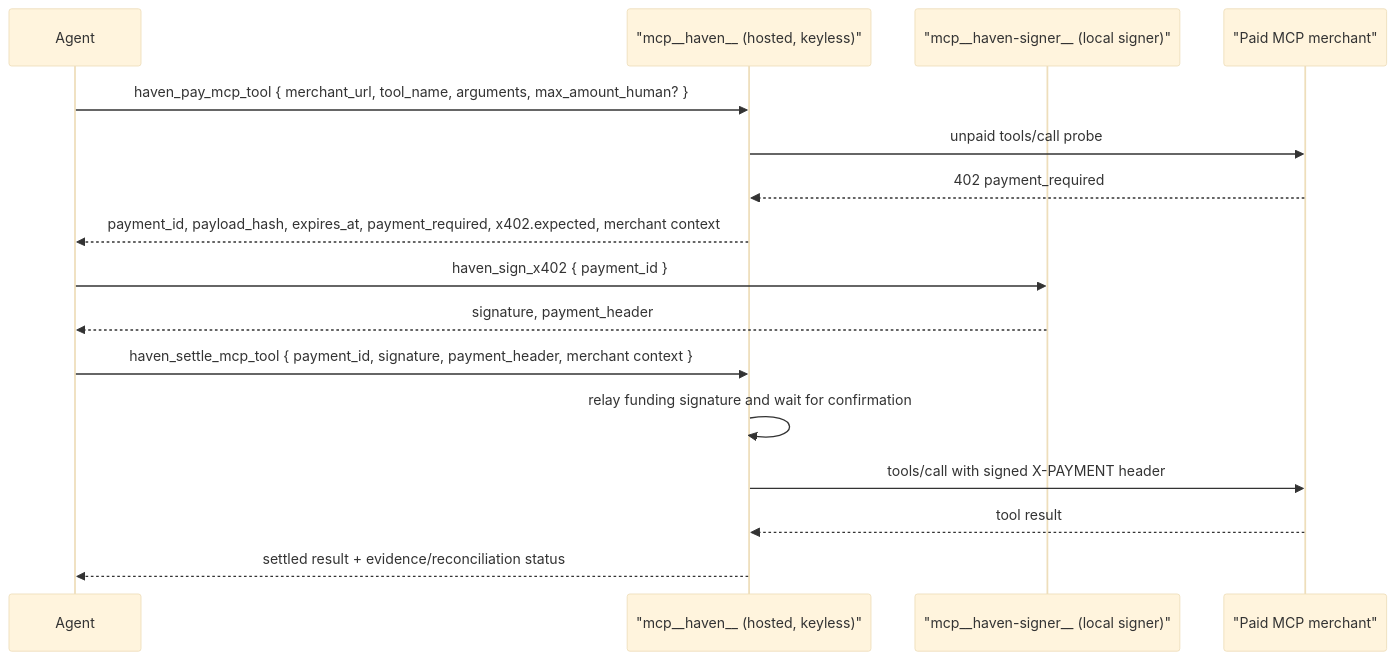
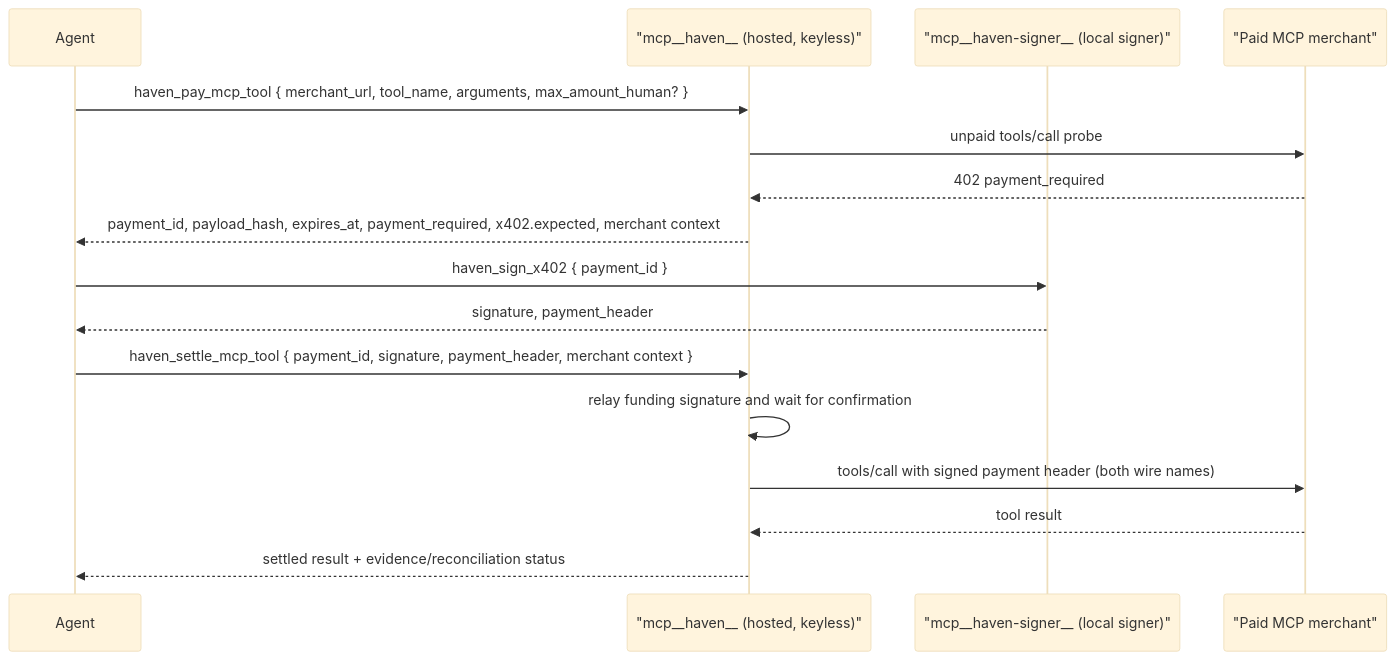
Before and after one commit to d-hinders/Haven-AI: the diagram in packages/mcp-server/README.md, drawn with Mermaid (base theme). The commit also changed other lines of this file and 10 other files, not shown here.

````diff
--- a/packages/mcp-server/README.md
+++ b/packages/mcp-server/README.md
@@ -77,19 +77,19 @@
 ```mermaid
 sequenceDiagram
     participant Agent
     participant Hosted as "mcp__haven__ (hosted, keyless)"
     participant Signer as "mcp__haven-signer__ (local signer)"
     participant Merchant as "Paid MCP merchant"
 
     Agent->>Hosted: haven_pay_mcp_tool { merchant_url, tool_name, arguments, max_amount_human? }
     Hosted->>Merchant: unpaid tools/call probe
     Merchant-->>Hosted: 402 payment_required
     Hosted-->>Agent: payment_id, payload_hash, expires_at, payment_required, x402.expected, merchant context
     Agent->>Signer: haven_sign_x402 { payment_id }
     Signer-->>Agent: signature, payment_header
     Agent->>Hosted: haven_settle_mcp_tool { payment_id, signature, payment_header, merchant context }
     Hosted->>Hosted: relay funding signature and wait for confirmation
-    Hosted->>Merchant: tools/call with signed X-PAYMENT header
+    Hosted->>Merchant: tools/call with signed payment header (both wire names)
     Merchant-->>Hosted: tool result
     Hosted-->>Agent: settled result + evidence/reconciliation status
 ```
````
